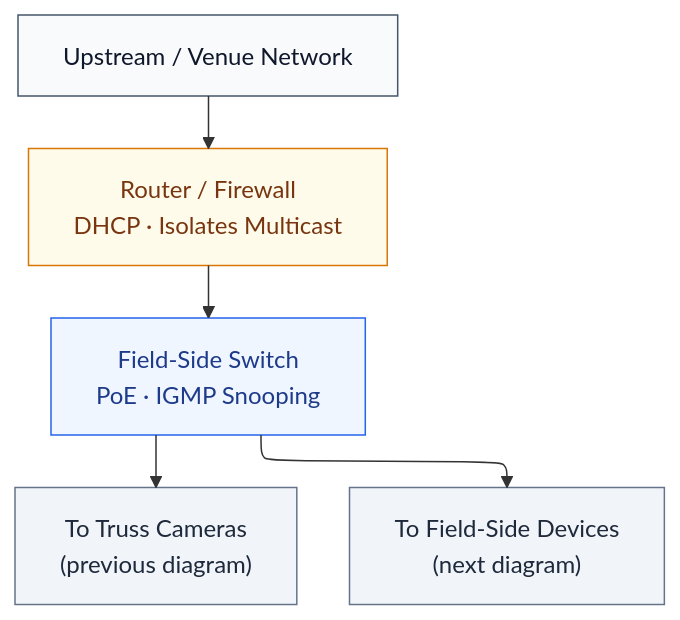
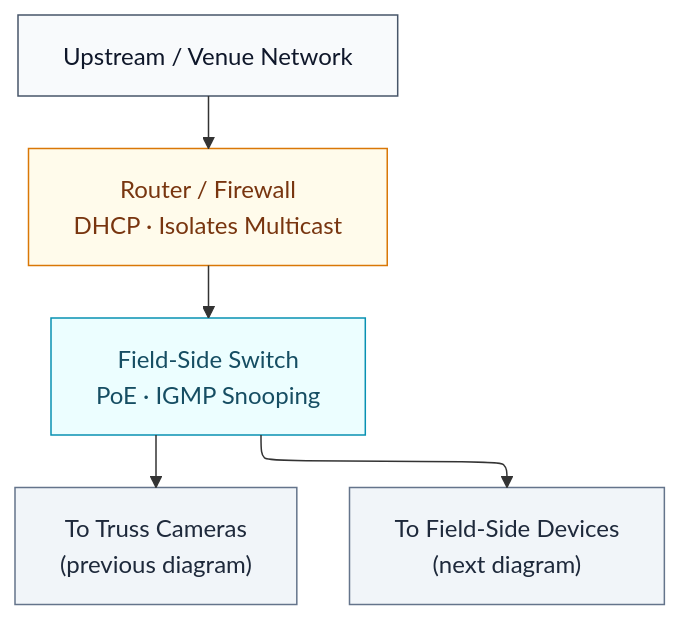
One commit to RoboCup-SSL/ssl-docs changed the diagram in docs-source/field/network/diagrams/net-core.mmd. Above: the diagram before and after it, drawn with Mermaid. The commit also changed 92 other files, not shown here.

Commit message:
add drawio support, detail network diagrams

```diff
--- a/docs-source/field/network/diagrams/net-core.mmd
+++ b/docs-source/field/network/diagrams/net-core.mmd
@@ -1,20 +1,20 @@
 ---
 config:
   layout: elk
   elk:
     nodePlacementStrategy: NETWORK_SIMPLEX
 ---
 flowchart TB
     Upstream["Upstream / Venue Network"] --> Router["Router / Firewall<br/>DHCP · Isolates Multicast"]
     Router --> Switch["Field-Side Switch<br/>PoE · IGMP Snooping"]
     Switch --> TrussLink["To Truss Cameras<br/>(previous diagram)"]
     Switch --> Endpoints["To Field-Side Devices<br/>(next diagram)"]
 
     classDef amber fill:#fffbeb,stroke:#d97706,color:#78350f;
-    classDef blue fill:#eff6ff,stroke:#2563eb,color:#1e3a8a;
+    classDef cyan fill:#ecfeff,stroke:#0891b2,color:#164e63;
     classDef gray fill:#f1f5f9,stroke:#64748b,color:#1e293b;
     classDef slate fill:#f8fafc,stroke:#475569,color:#0f172a;
     class Upstream slate;
     class Router amber;
-    class Switch blue;
+    class Switch cyan;
     class TrussLink,Endpoints gray;
```
